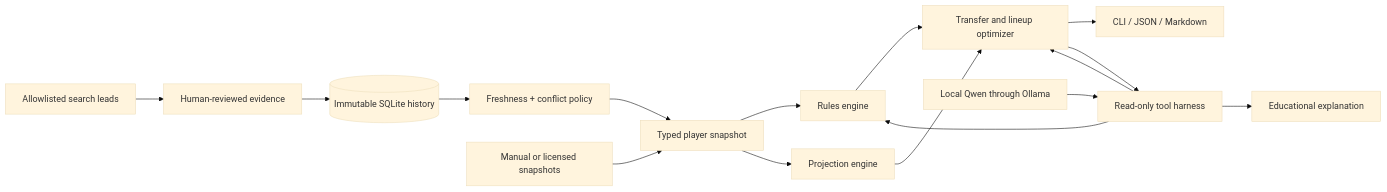
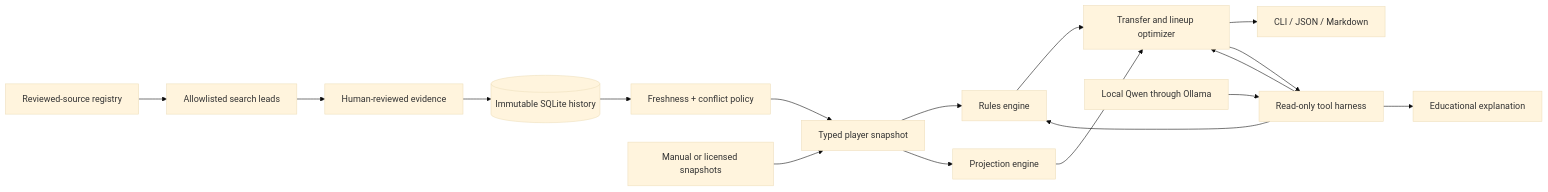
Before and after one commit to Dipeshtripathi13/FPL_Agent: the diagram in README.md, drawn with Mermaid (base theme). The commit also changed other lines of this file and 27 other files, not shown here.

````diff
--- a/README.md
+++ b/README.md
@@ -93,18 +106,19 @@
 ```mermaid
 flowchart LR
     W[Allowlisted search leads] --> M[Human-reviewed evidence]
+    S[Reviewed-source registry] --> W
     M --> E[(Immutable SQLite history)]
     E --> F[Freshness + conflict policy]
     F --> D[Typed player snapshot]
     U[Manual or licensed snapshots] --> D
     D --> R[Rules engine]
     D --> P[Projection engine]
     R --> O[Transfer and lineup optimizer]
     P --> O
     O --> C[CLI / JSON / Markdown]
     Q[Local Qwen through Ollama] --> H[Read-only tool harness]
     H --> R
     H --> O
     O --> H
     H --> EX[Educational explanation]
 ```
````
